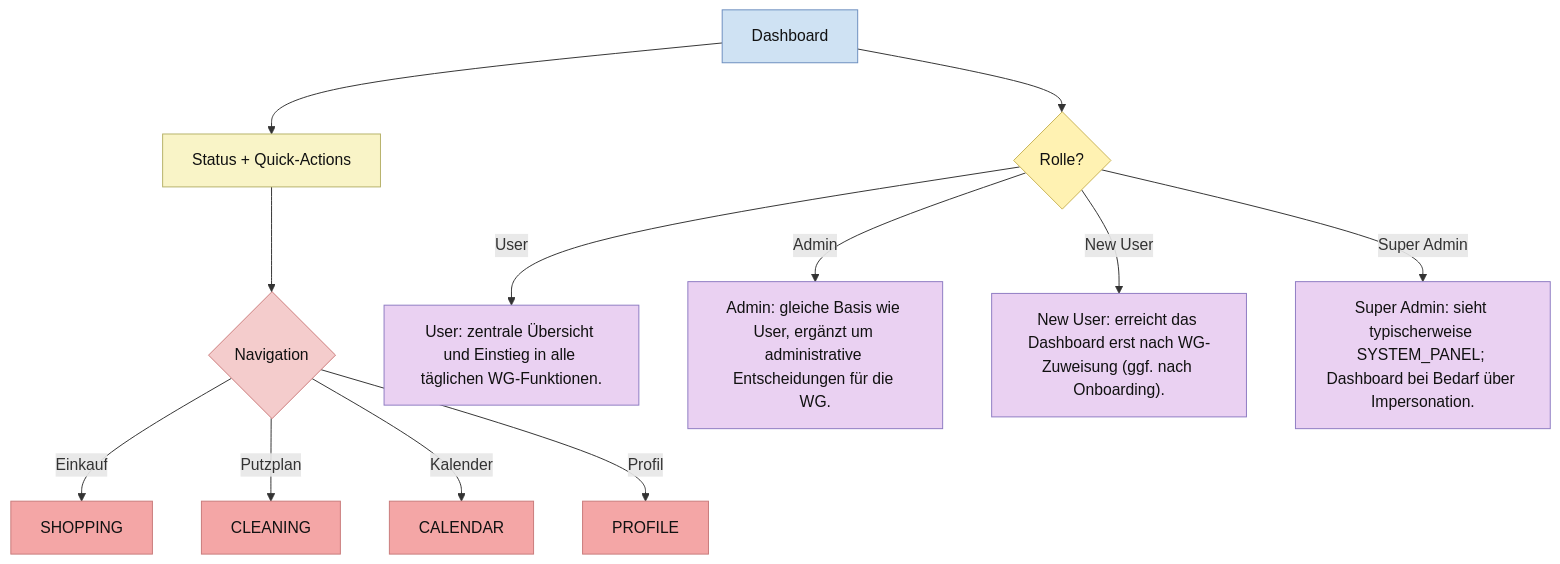
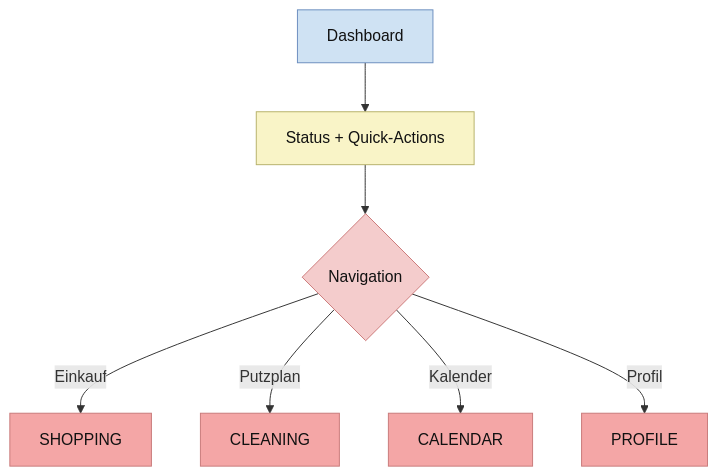
The tenth of 27 diagrams in ABLAUFDIAGRAMM.md (Nejy190501/WGManager), drawn with Mermaid before and after one commit. The commit also changed other lines of this file, not shown here.

````diff
--- a/ABLAUFDIAGRAMM.md
+++ b/ABLAUFDIAGRAMM.md
@@ -537,35 +433,22 @@
 ```mermaid
 flowchart TD
     A["Dashboard"] --> B["Status + Quick-Actions"]
     B --> C{"Navigation"}
     C -->|Einkauf| D["SHOPPING"]
     C -->|Putzplan| E["CLEANING"]
     C -->|Kalender| F["CALENDAR"]
     C -->|Profil| G["PROFILE"]
-
-
-    A --> RLQ{"Rolle?"}
-    RLU["User: zentrale Übersicht und Einstieg in alle täglichen WG-Funktionen."]
-    RLA["Admin: gleiche Basis wie User, ergänzt um administrative Entscheidungen für die WG."]
-    RLN["New User: erreicht das Dashboard erst nach WG-Zuweisung (ggf. nach Onboarding)."]
-    RLS["Super Admin: sieht typischerweise SYSTEM_PANEL; Dashboard bei Bedarf über Impersonation."]
-    RLQ -->|User| RLU
-    RLQ -->|Admin| RLA
-    RLQ -->|New User| RLN
-    RLQ -->|Super Admin| RLS
 
     classDef userAction fill:#ead1f2,stroke:#8e7cc3,color:#111;
     classDef systemAction fill:#f9f4c7,stroke:#b7b26a,color:#111;
     classDef userDecision fill:#f4cccc,stroke:#cc7a7a,color:#111;
     classDef systemDecision fill:#fff2b2,stroke:#c9b458,color:#111;
     classDef button fill:#f4a6a6,stroke:#c97b7b,color:#111;
     classDef userInput fill:#f8d7da,stroke:#d49aa2,color:#111;
     classDef screen fill:#cfe2f3,stroke:#6c8ebf,color:#111;
 
     class B systemAction;
     class C userDecision;
     class D,E,F,G button;
     class A screen;
-    class RLQ systemDecision;
-    class RLU,RLA,RLN,RLS userAction;
 ```
````
